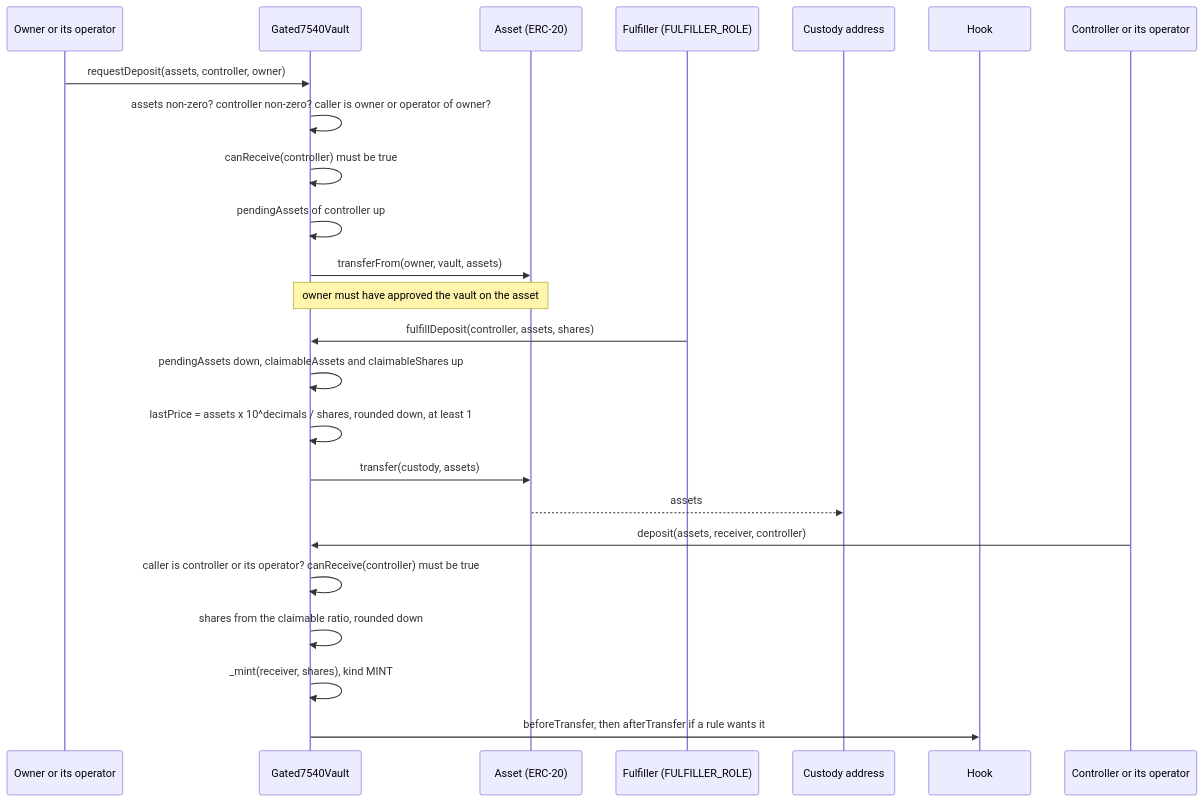
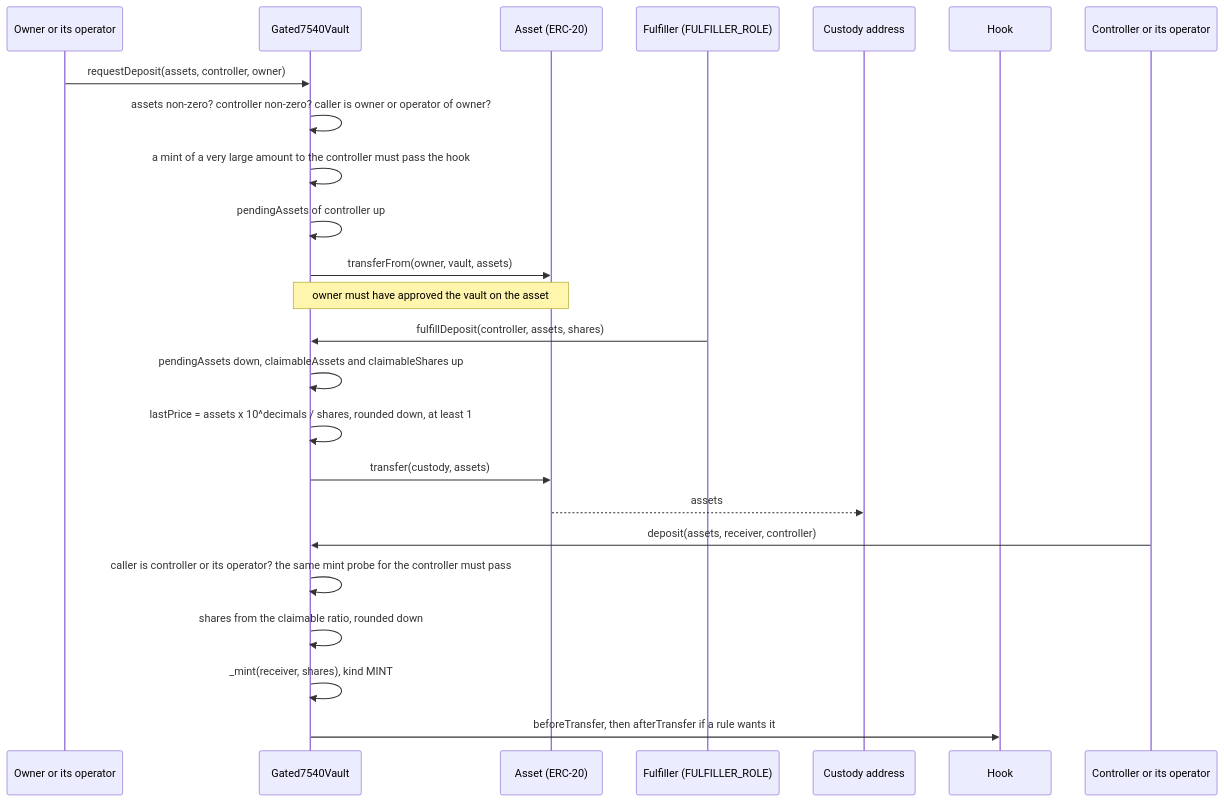
Before and after one commit to fepvenancio/rwa-token: the third of 6 diagrams in docs/flows-vaults.md, drawn with Mermaid. The commit also changed other lines of this file and 27 other files, not shown here.

````diff
--- a/docs/flows-vaults.md
+++ b/docs/flows-vaults.md
@@ -102,29 +102,29 @@
 ```mermaid
 sequenceDiagram
   participant O as Owner or its operator
   participant V as Gated7540Vault
   participant A as Asset (ERC-20)
   participant F as Fulfiller (FULFILLER_ROLE)
   participant C as Custody address
   participant H as Hook
   participant K as Controller or its operator
 
   O->>V: requestDeposit(assets, controller, owner)
   V->>V: assets non-zero? controller non-zero? caller is owner or operator of owner?
-  V->>V: canReceive(controller) must be true
+  V->>V: a mint of a very large amount to the controller must pass the hook
   V->>V: pendingAssets of controller up
   V->>A: transferFrom(owner, vault, assets)
   Note over V,A: owner must have approved the vault on the asset
 
   F->>V: fulfillDeposit(controller, assets, shares)
   V->>V: pendingAssets down, claimableAssets and claimableShares up
   V->>V: lastPrice = assets x 10^decimals / shares, rounded down, at least 1
   V->>A: transfer(custody, assets)
   A-->>C: assets
 
   K->>V: deposit(assets, receiver, controller)
-  V->>V: caller is controller or its operator? canReceive(controller) must be true
+  V->>V: caller is controller or its operator? the same mint probe for the controller must pass
   V->>V: shares from the claimable ratio, rounded down
   V->>V: _mint(receiver, shares), kind MINT
   V->>H: beforeTransfer, then afterTransfer if a rule wants it
 ```
````
